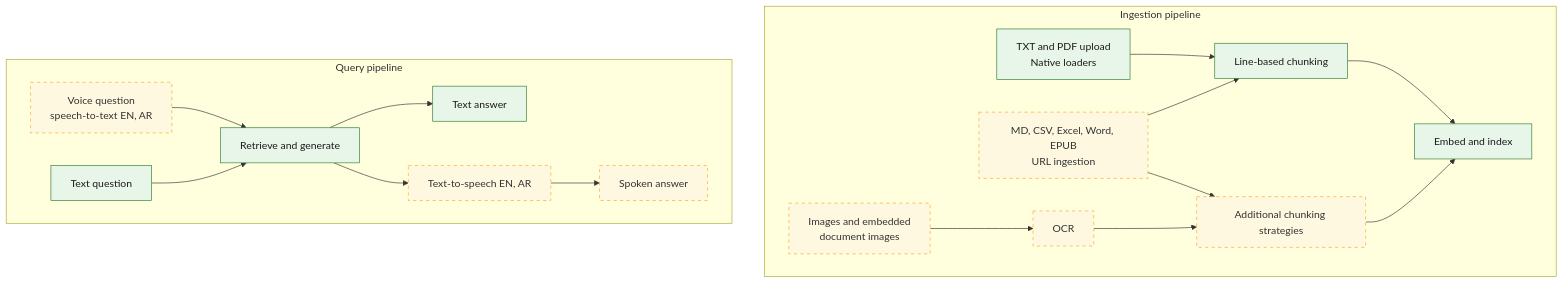
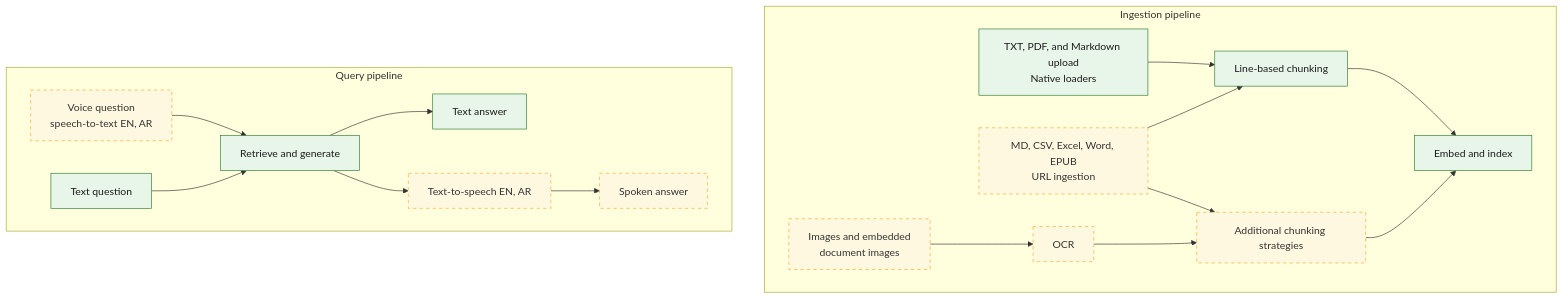
One commit to ElsebaiyMohamed/MiniRag_26 changed the sixth of 6 diagrams in README.md. Above: the diagram before and after it, drawn with Mermaid. The commit also changed other lines of this file and 10 other files, not shown here.

````diff
--- a/README.md
+++ b/README.md
@@ -356,37 +356,37 @@
 ```mermaid
 flowchart TB
 
     classDef planned fill:#fff8e1, stroke:#f9a825, stroke-dasharray:5 5, color:#333
     classDef done fill:#e8f5e9, stroke:#2e7d32, color:#1b1b1b
 
     subgraph ingest["Ingestion pipeline"]
         direction LR
-        src["TXT and PDF upload<br/>Native loaders"]:::done
+        src["TXT, PDF, and Markdown upload<br/>Native loaders"]:::done
         newsrc["MD, CSV, Excel, Word, EPUB<br/>URL ingestion"]:::planned
         img["Images and embedded<br/>document images"]:::planned
         ocr["OCR"]:::planned
         chunk["Line-based chunking"]:::done
         chunk2["Additional chunking strategies"]:::planned
         embed["Embed and index"]:::done
         src --> chunk
         newsrc --> chunk
         newsrc --> chunk2
         img --> ocr --> chunk2
         chunk --> embed
         chunk2 --> embed
     end
 
     subgraph query["Query pipeline"]
         direction LR
         vin["Voice question<br/>speech-to-text EN, AR"]:::planned
         tin["Text question"]:::done
         rag["Retrieve and generate"]:::done
         tout["Text answer"]:::done
         tts["Text-to-speech EN, AR"]:::planned
         vout["Spoken answer"]:::planned
         vin --> rag
         tin --> rag
         rag --> tout
         rag --> tts --> vout
     end
 ```
````
